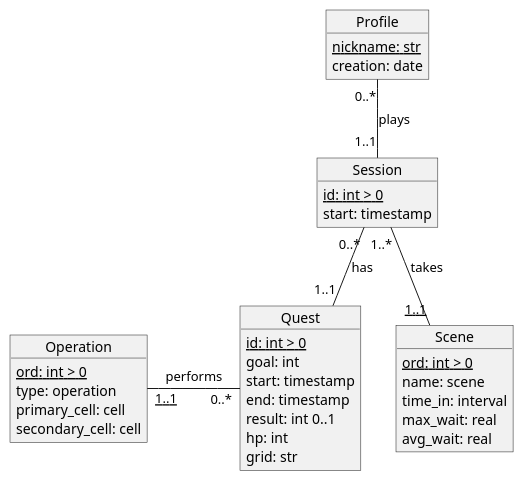
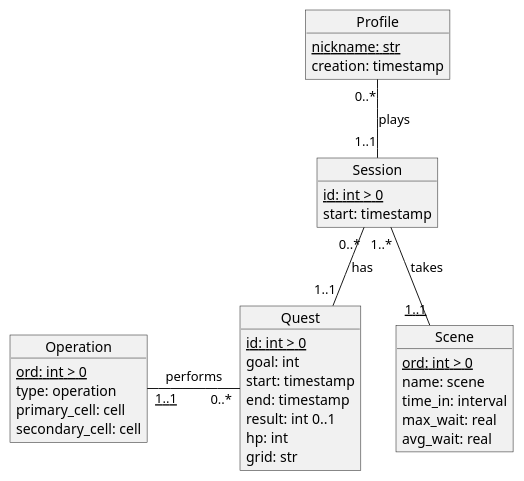
The diagram in src/doc/database-ER-Diagram.wsd (AntoninoRando/Grid-Quest), drawn with PlantUML before and after one commit. The commit also changed 4 other files, not shown here.

```diff
--- a/src/doc/database-ER-Diagram.wsd
+++ b/src/doc/database-ER-Diagram.wsd
@@ -1,50 +1,50 @@
 @startuml database-ER
 
 ' Entities
 
 object Profile {
     <u>nickname: str</u>
-    creation: date
+    creation: timestamp
 }
 
 object Session {
     <u>id: int > 0</u>
     start: timestamp
 }
 
 object Scene {
     <u>ord: int > 0</u>
     name: scene
     time_in: interval
     max_wait: real
     avg_wait: real
 }
 
 object Quest {
     <u>id: int > 0</u>
     goal: int
     start: timestamp
     end: timestamp
     result: int 0..1
     hp: int
     grid: str
 }
 
 object Operation {
     <u>ord: int > 0</u>
     type: operation
     primary_cell: cell
     secondary_cell: cell
 }
 
 ' Relationship
 
 Profile "0..*" -- "1..1" Session : plays
 
 Session "0..*" -- "1..1" Quest : has
 
 Session "1..*" -- "<u>1..1</u>" Scene : takes
 
 Quest "0..*" -left- "<u>1..1</u>" Operation : performs
 
 @enduml
```
